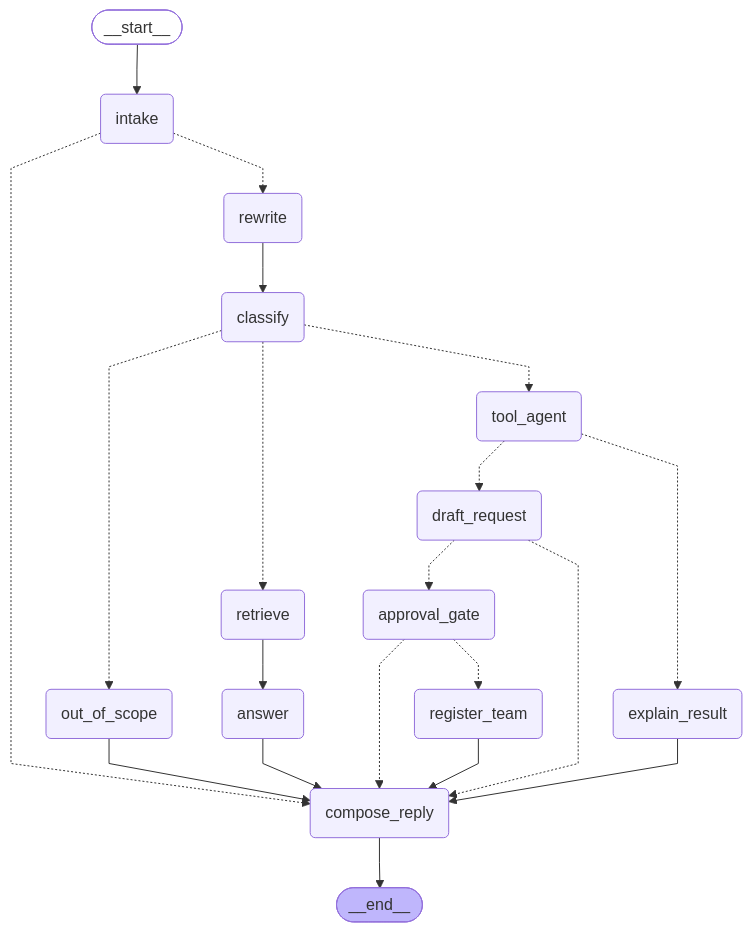
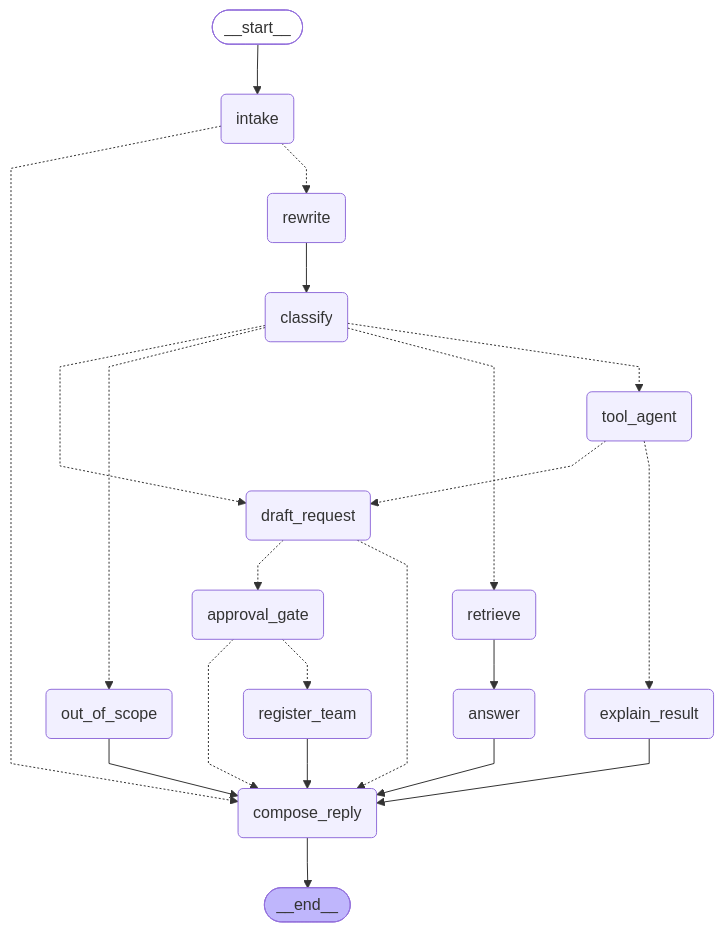
One commit to Panduu3163/FestGuide changed the diagram in docs/graph.md. Above: the diagram before and after it, drawn with Mermaid. The commit also changed 75 other files, not shown here.

````diff
--- a/docs/graph.md
+++ b/docs/graph.md
@@ -3,45 +3,46 @@
 ```mermaid
 ---
 config:
   flowchart:
     curve: linear
 ---
 graph TD;
 	__start__([<p>__start__</p>]):::first
 	intake(intake)
 	rewrite(rewrite)
 	classify(classify)
 	retrieve(retrieve)
 	answer(answer)
 	tool_agent(tool_agent)
 	explain_result(explain_result)
 	draft_request(draft_request)
 	approval_gate(approval_gate)
 	register_team(register_team)
 	out_of_scope(out_of_scope)
 	compose_reply(compose_reply)
 	__end__([<p>__end__</p>]):::last
 	__start__ --> intake;
 	answer --> compose_reply;
 	approval_gate -.-> compose_reply;
 	approval_gate -.-> register_team;
+	classify -.-> draft_request;
 	classify -.-> out_of_scope;
 	classify -.-> retrieve;
 	classify -.-> tool_agent;
 	draft_request -.-> approval_gate;
 	draft_request -.-> compose_reply;
 	explain_result --> compose_reply;
 	intake -.-> compose_reply;
 	intake -.-> rewrite;
 	out_of_scope --> compose_reply;
 	register_team --> compose_reply;
 	retrieve --> answer;
 	rewrite --> classify;
 	tool_agent -.-> draft_request;
 	tool_agent -.-> explain_result;
 	compose_reply --> __end__;
 	classDef default fill:#f2f0ff,line-height:1.2
 	classDef first fill-opacity:0
 	classDef last fill:#bfb6fc
 
 ```
````
